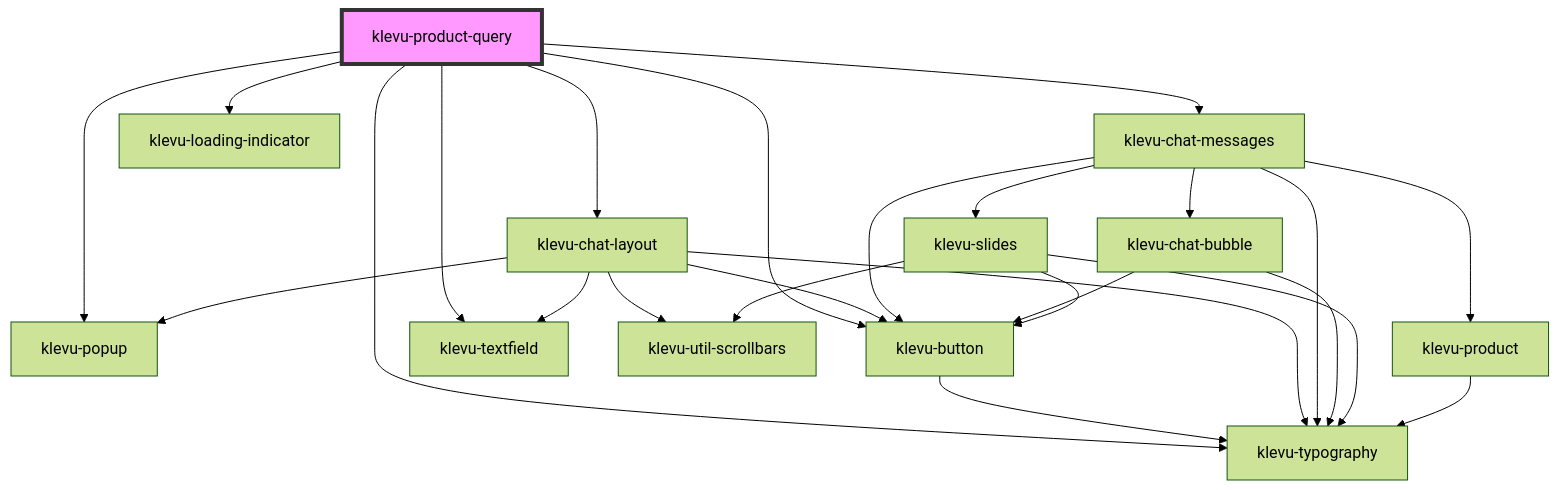
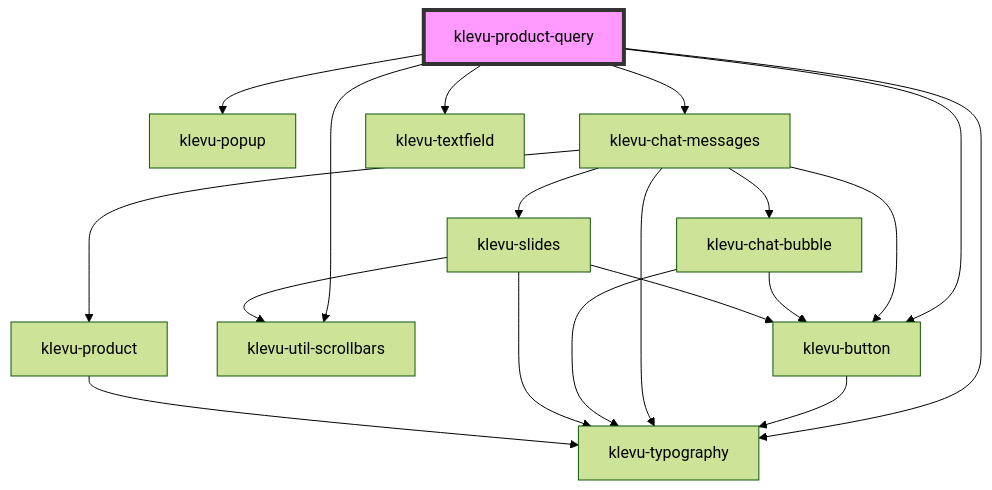
Before and after one commit to klevultd/frontend-sdk: the diagram in packages/klevu-ui/src/components/klevu-product-query/readme.md, drawn with Mermaid (forest theme). The commit also changed other lines of this file and 10 other files, not shown here.

````diff
--- a/packages/klevu-ui/src/components/klevu-product-query/readme.md
+++ b/packages/klevu-ui/src/components/klevu-product-query/readme.md
@@ -54,28 +53,22 @@
 ```mermaid
 graph TD;
   klevu-product-query --> klevu-popup
   klevu-product-query --> klevu-button
   klevu-product-query --> klevu-typography
-  klevu-product-query --> klevu-chat-layout
+  klevu-product-query --> klevu-util-scrollbars
   klevu-product-query --> klevu-chat-messages
-  klevu-product-query --> klevu-loading-indicator
   klevu-product-query --> klevu-textfield
   klevu-button --> klevu-typography
-  klevu-chat-layout --> klevu-typography
-  klevu-chat-layout --> klevu-button
-  klevu-chat-layout --> klevu-util-scrollbars
-  klevu-chat-layout --> klevu-popup
-  klevu-chat-layout --> klevu-textfield
   klevu-chat-messages --> klevu-chat-bubble
   klevu-chat-messages --> klevu-typography
   klevu-chat-messages --> klevu-button
   klevu-chat-messages --> klevu-slides
   klevu-chat-messages --> klevu-product
   klevu-chat-bubble --> klevu-typography
   klevu-chat-bubble --> klevu-button
   klevu-slides --> klevu-typography
   klevu-slides --> klevu-button
   klevu-slides --> klevu-util-scrollbars
   klevu-product --> klevu-typography
   style klevu-product-query fill:#f9f,stroke:#333,stroke-width:4px
 ```
````
